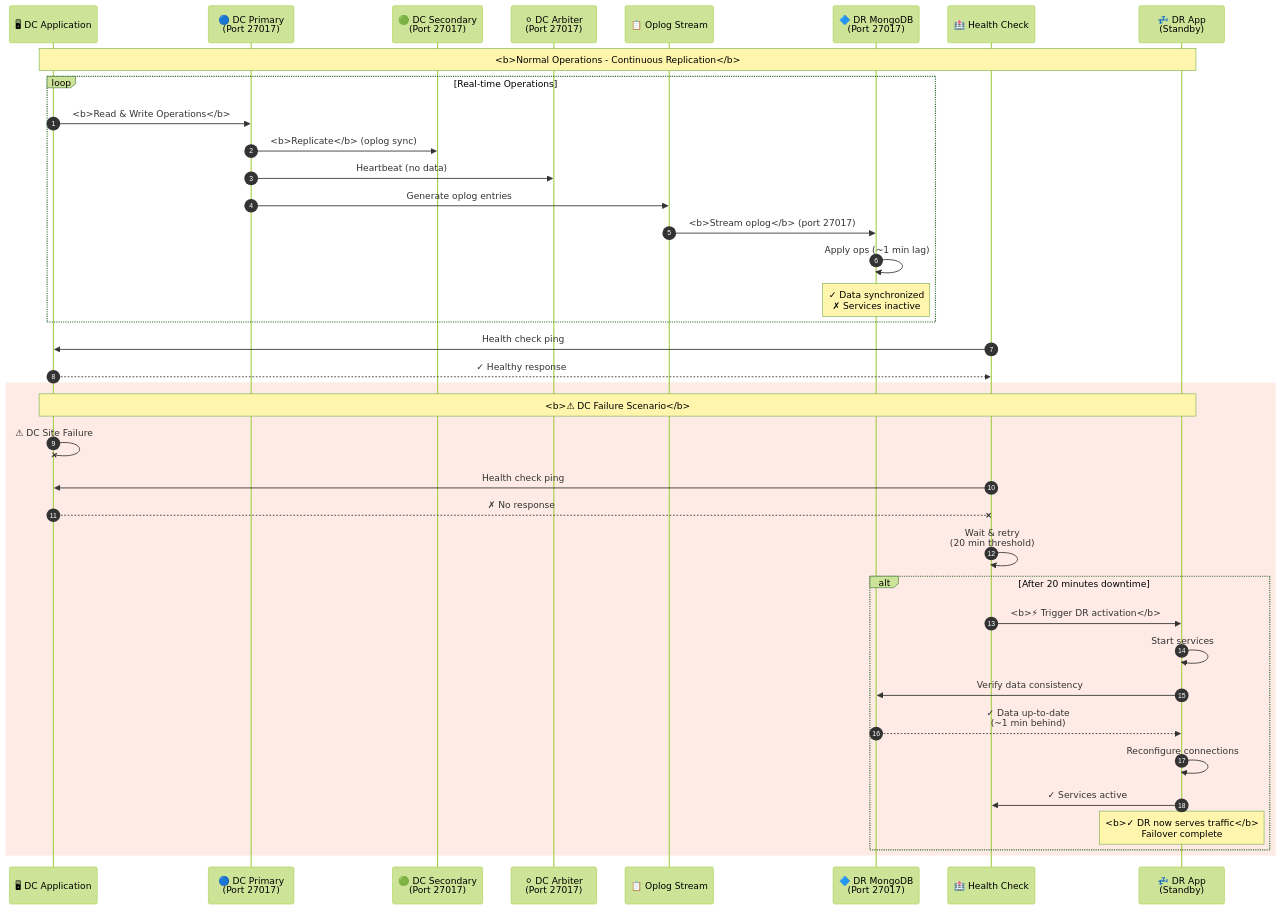
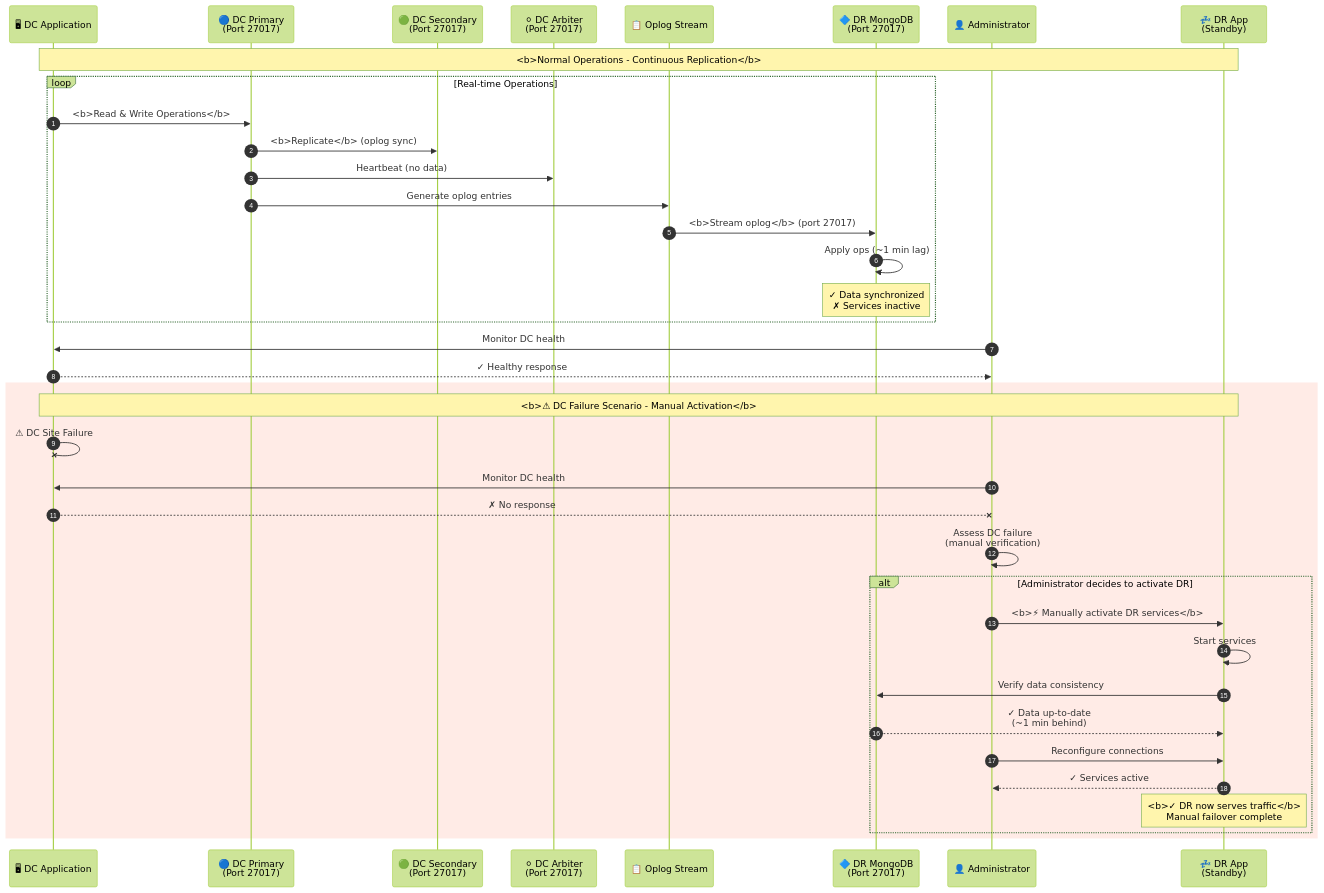
One commit to Vishwa0220/customers-docs changed the fourth of 11 diagrams in HA_DR_Architecture_Documentation_dt.md. Above: the diagram before and after it, drawn with Mermaid (forest theme). The commit also changed other lines of this file, not shown here.

````diff
--- a/HA_DR_Architecture_Documentation_dt.md
+++ b/HA_DR_Architecture_Documentation_dt.md
@@ -248,46 +249,46 @@
 ```mermaid
 sequenceDiagram
     autonumber
     participant APP as 🖥 DC Application
     participant PRI as 🔵 DC Primary<br/>(Port 27017)
     participant SEC as 🟢 DC Secondary<br/>(Port 27017)
     participant ARB as ⚪ DC Arbiter<br/>(Port 27017)
     participant OPLOG as 📋 Oplog Stream
     participant DR as 🔷 DR MongoDB<br/>(Port 27017)
-    participant HEALTH as 🏥 Health Check
+    participant ADMIN as 👤 Administrator
     participant DRAPP as 💤 DR App<br/>(Standby)
     
     Note over APP,DRAPP: <b>Normal Operations - Continuous Replication</b>
     
     loop Real-time Operations
         APP->>PRI: <b>Read & Write Operations</b>
         PRI->>SEC: <b>Replicate</b> (oplog sync)
         PRI->>ARB: Heartbeat (no data)
         PRI->>OPLOG: Generate oplog entries
         OPLOG->>DR: <b>Stream oplog</b> (port 27017)
         DR->>DR: Apply ops (~1 min lag)
         Note over DR: ✓ Data synchronized<br/>✗ Services inactive
     end
     
-    HEALTH->>APP: Health check ping
-    APP-->>HEALTH: ✓ Healthy response
+    ADMIN->>APP: Monitor DC health
+    APP-->>ADMIN: ✓ Healthy response
     
     rect rgb(255, 235, 230)
-        Note over APP,DRAPP: <b>⚠ DC Failure Scenario</b>
+        Note over APP,DRAPP: <b>⚠ DC Failure Scenario - Manual Activation</b>
         APP-xAPP: ⚠ DC Site Failure
         
-        HEALTH->>APP: Health check ping
-        APP--xHEALTH: ✗ No response
-        HEALTH->>HEALTH: Wait & retry<br/>(20 min threshold)
+        ADMIN->>APP: Monitor DC health
+        APP--xADMIN: ✗ No response
+        ADMIN->>ADMIN: Assess DC failure<br/>(manual verification)
         
-        alt After 20 minutes downtime
-            HEALTH->>DRAPP: <b>⚡ Trigger DR activation</b>
+        alt Administrator decides to activate DR
+            ADMIN->>DRAPP: <b>⚡ Manually activate DR services</b>
             DRAPP->>DRAPP: Start services
             DRAPP->>DR: Verify data consistency
             DR-->>DRAPP: ✓ Data up-to-date<br/>(~1 min behind)
-            DRAPP->>DRAPP: Reconfigure connections
-            DRAPP->>HEALTH: ✓ Services active
-            Note over DRAPP: <b>✓ DR now serves traffic</b><br/>Failover complete
+            ADMIN->>DRAPP: Reconfigure connections
+            DRAPP-->>ADMIN: ✓ Services active
+            Note over DRAPP: <b>✓ DR now serves traffic</b><br/>Manual failover complete
         end
     end
 ```
````
